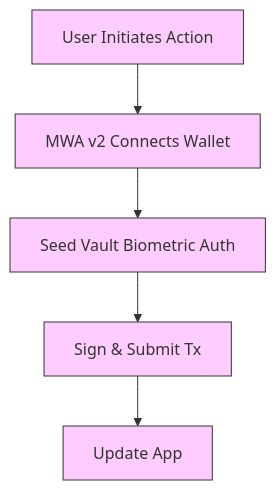
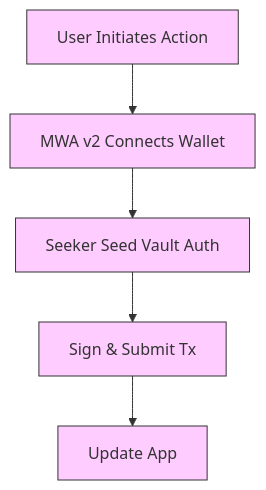
One commit to PolymersNetwork/polymers-protocol changed the fifth of 9 diagrams in apps/mobile/README.md. Above: the diagram before and after it, drawn with Mermaid. The commit also changed other lines of this file, not shown here.

````diff
--- a/apps/mobile/README.md
+++ b/apps/mobile/README.md
@@ -121,12 +122,12 @@
 ```mermaid
 graph TD
     A[User Initiates Action] --> B[MWA v2 Connects Wallet]
-    B --> C[Seed Vault Biometric Auth]
+    B --> C[Seeker Seed Vault Auth]
     C --> D[Sign & Submit Tx]
     D --> E[Update App]
     style A fill:#fcf,stroke:#333
     style B fill:#fcf,stroke:#333
     style C fill:#fcf,stroke:#333
     style D fill:#fcf,stroke:#333
     style E fill:#fcf,stroke:#333
 ```
````
